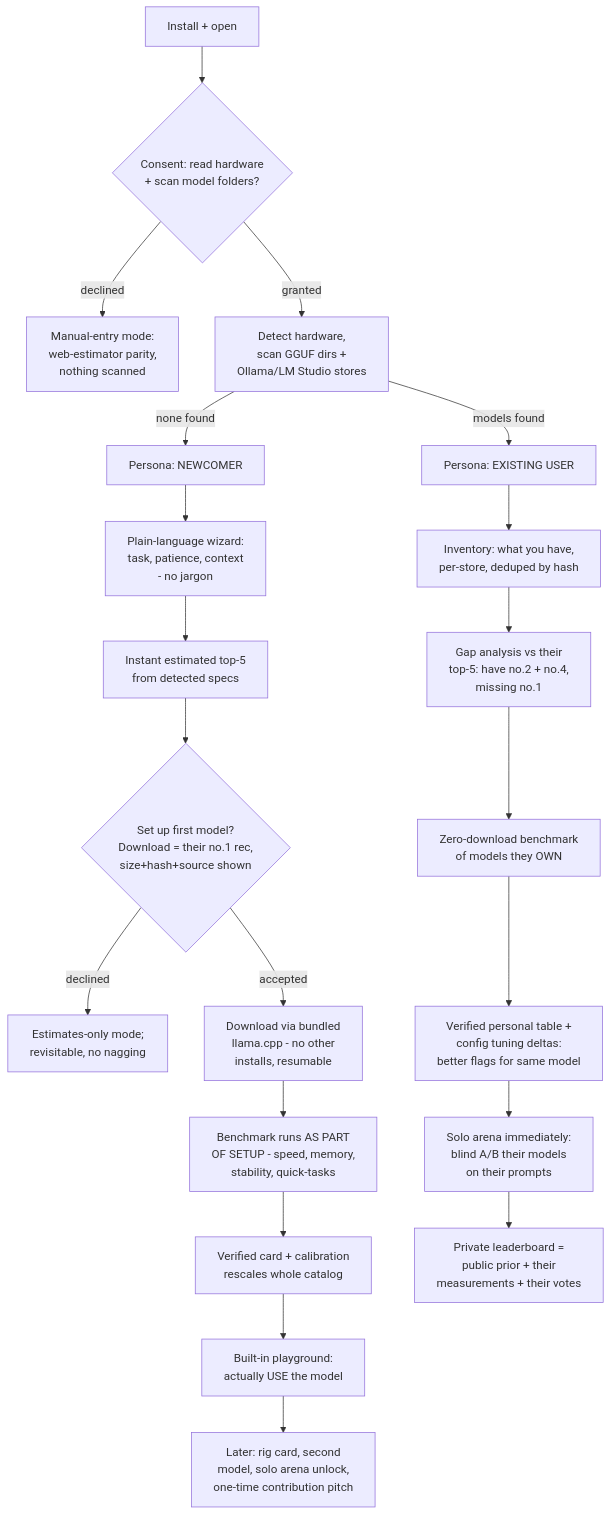
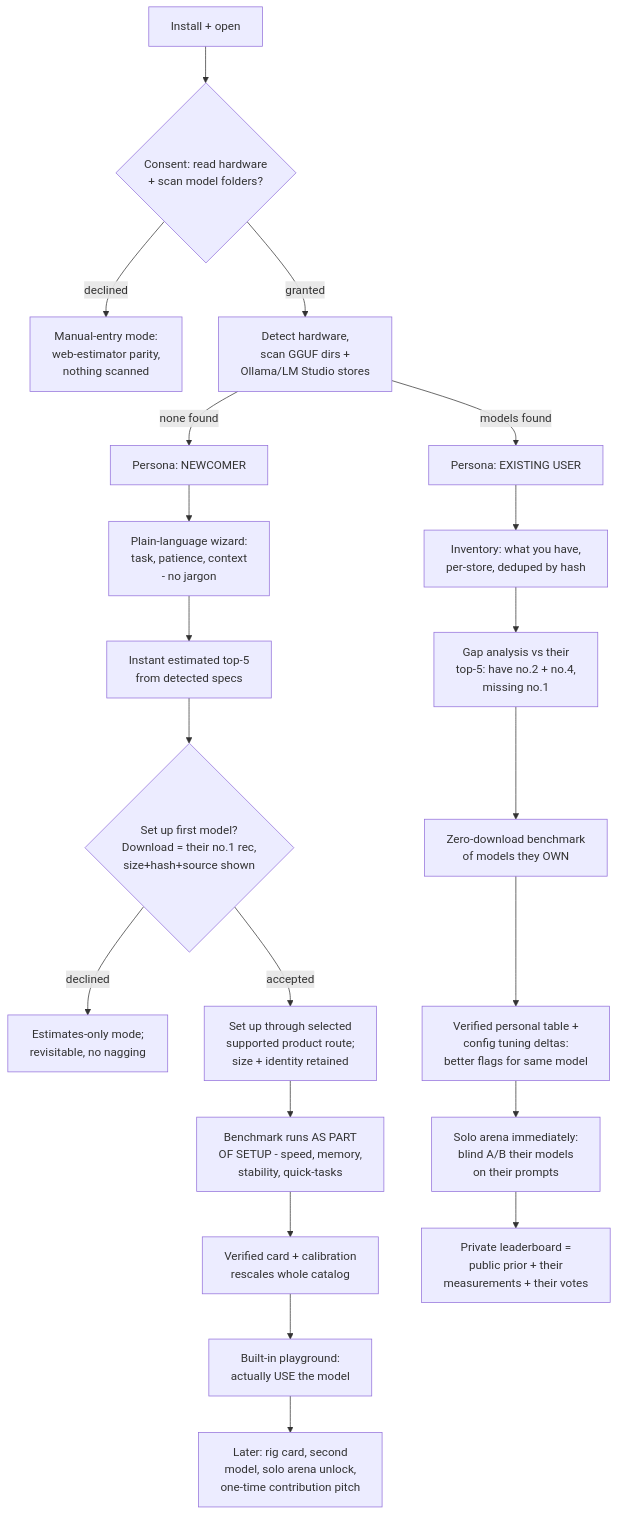
Before and after one commit to chinmayi-r/localarcade: the fifth of 6 diagrams in docs/decision-tree.md, drawn with Mermaid. The commit also changed other lines of this file and 26 other files, not shown here.

````diff
--- a/docs/decision-tree.md
+++ b/docs/decision-tree.md
@@ -207,25 +207,25 @@
 ```mermaid
 flowchart TD
   F1[Install + open] --> F2{Consent: read hardware\n+ scan model folders?}
   F2 -->|declined| F2X[Manual-entry mode:\nweb-estimator parity,\nnothing scanned]
   F2 -->|granted| F3[Detect hardware,\nscan GGUF dirs +\nOllama/LM Studio stores]
   F3 -->|models found| P2[Persona: EXISTING USER]
   F3 -->|none found| P1[Persona: NEWCOMER]
 
   P1 --> N1[Plain-language wizard:\ntask, patience, context\n- no jargon]
   N1 --> N2[Instant estimated top-5\nfrom detected specs]
   N2 --> N3{Set up first model?\nDownload = their no.1 rec,\nsize+hash+source shown}
   N3 -->|declined| N3X[Estimates-only mode;\nrevisitable, no nagging]
-  N3 -->|accepted| N4[Download via bundled\nllama.cpp - no other\ninstalls, resumable]
+  N3 -->|accepted| N4[Set up through selected\nsupported product route;\nsize + identity retained]
   N4 --> N5[Benchmark runs AS PART\nOF SETUP - speed, memory,\nstability, quick-tasks]
   N5 --> N6[Verified card + calibration\nrescales whole catalog]
   N6 --> N7[Built-in playground:\nactually USE the model]
   N7 --> N8[Later: rig card, second\nmodel, solo arena unlock,\none-time contribution pitch]
 
   P2 --> E1[Inventory: what you have,\nper-store, deduped by hash]
   E1 --> E2[Gap analysis vs their\ntop-5: have no.2 + no.4,\nmissing no.1]
   E2 --> E3[Zero-download benchmark\nof models they OWN]
   E3 --> E4[Verified personal table +\nconfig tuning deltas:\nbetter flags for same model]
   E4 --> E5[Solo arena immediately:\nblind A/B their models\non their prompts]
   E5 --> E6[Private leaderboard =\npublic prior + their\nmeasurements + their votes]
 ```
````
